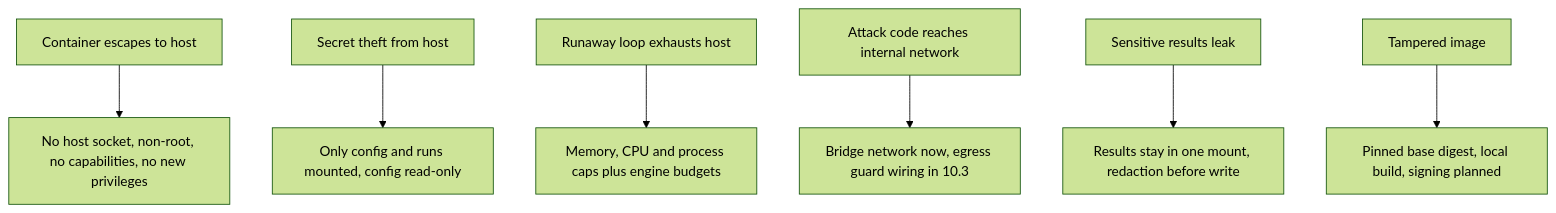
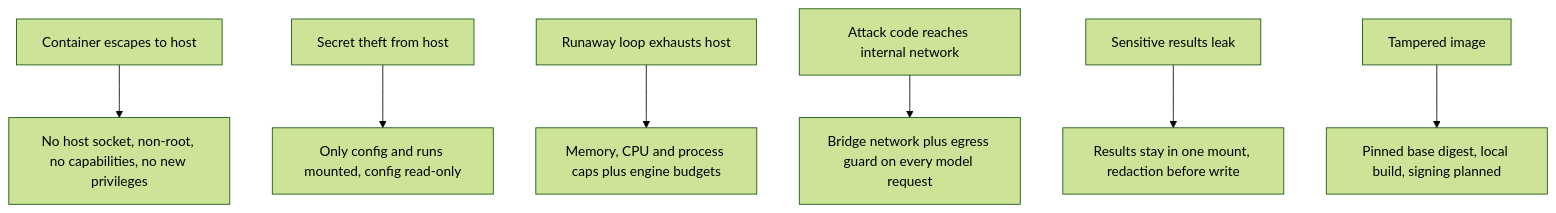
Before and after one commit to Aevrin-ai/modelWrecker: the diagram in docs/security/docker.md, drawn with Mermaid (forest theme). The commit also changed other lines of this file and 109 other files, not shown here.

````diff
--- a/docs/security/docker.md
+++ b/docs/security/docker.md
@@ -55,9 +55,9 @@
 ```mermaid
 flowchart TD
   D1[Container escapes to host] --> C1[No host socket, non-root, no capabilities, no new privileges]
   D2[Secret theft from host] --> C2[Only config and runs mounted, config read-only]
   D3[Runaway loop exhausts host] --> C3[Memory, CPU and process caps plus engine budgets]
-  D4[Attack code reaches internal network] --> C4[Bridge network now, egress guard wiring in 10.3]
+  D4[Attack code reaches internal network] --> C4[Bridge network plus egress guard on every model request]
   D5[Sensitive results leak] --> C5[Results stay in one mount, redaction before write]
   D6[Tampered image] --> C6[Pinned base digest, local build, signing planned]
 ```
````
